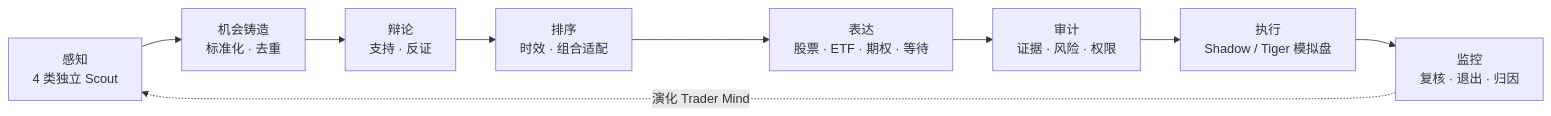
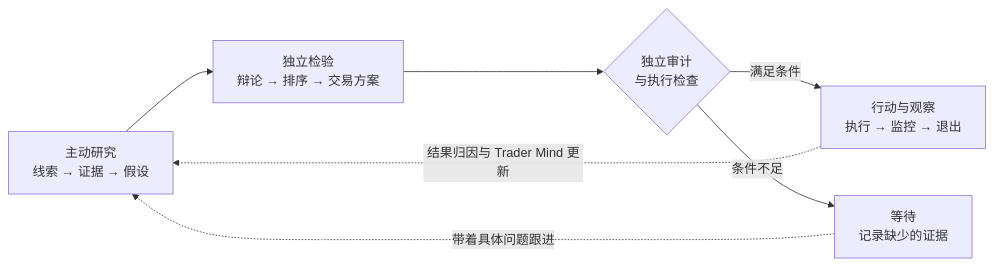
The first of 2 diagrams in README.zh-CN.md (kyky2347/ALTA), drawn with Mermaid before and after one commit. The commit also changed other lines of this file and 29 other files, not shown here.

````diff
--- a/README.zh-CN.md
+++ b/README.zh-CN.md
@@ -52,11 +52,9 @@
 ```mermaid
 flowchart LR
-    S["感知<br/>4 类独立 Scout"] --> F["机会铸造<br/>标准化 · 去重"]
-    F --> D["辩论<br/>支持 · 反证"]
-    D --> R["排序<br/>时效 · 组合适配"]
-    R --> X["表达<br/>股票 · ETF · 期权 · 等待"]
-    X --> A["审计<br/>证据 · 风险 · 权限"]
-    A --> E["执行<br/>Shadow / Tiger 模拟盘"]
-    E --> M["监控<br/>复核 · 退出 · 归因"]
-    M -. "演化 Trader Mind" .-> S
+    R["主动研究<br/>线索 → 证据 → 假设"] --> J["独立检验<br/>辩论 → 排序 → 交易方案"]
+    J --> G{"独立审计<br/>与执行检查"}
+    G -->|满足条件| E["行动与观察<br/>执行 → 监控 → 退出"]
+    G -->|条件不足| W["等待<br/>记录缺少的证据"]
+    W -. "带着具体问题跟进" .-> R
+    E -. "结果归因与 Trader Mind 更新" .-> R
 ```
````
